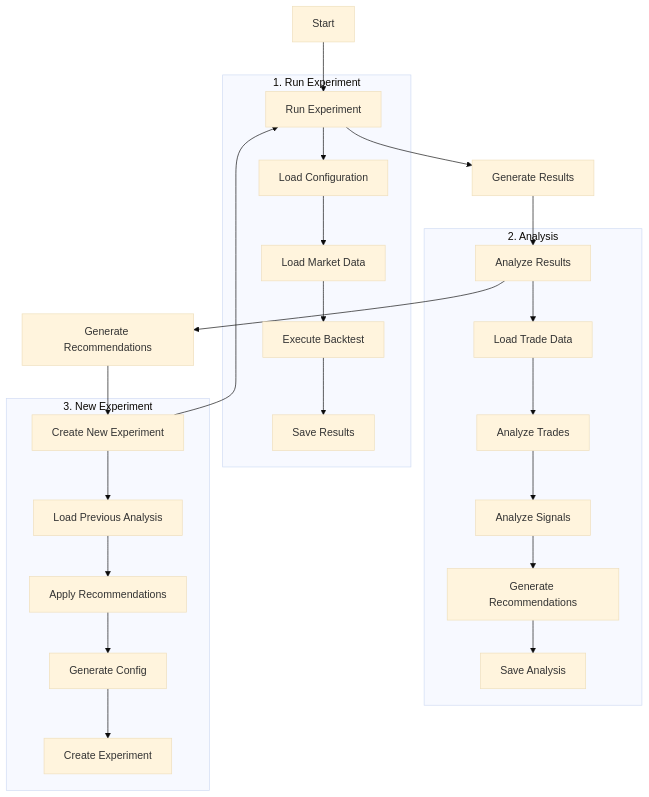
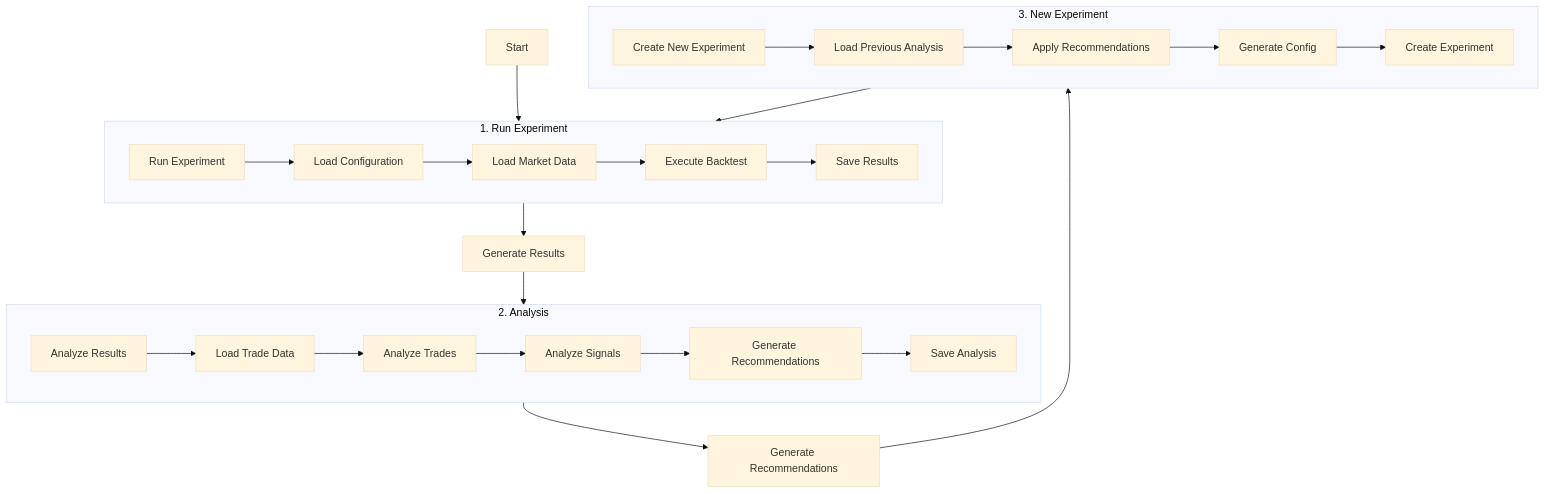
Before and after one commit to padak/swing_trade_automat_2: the diagram in docs/parameters-simulation.md, drawn with Mermaid (base theme).

Commit message:
fix: Improve Mermaid diagram flow and connections

````diff
--- a/docs/parameters-simulation.md
+++ b/docs/parameters-simulation.md
@@ -7,31 +7,32 @@
 ```mermaid
 graph TD
-    A[Start] --> B[Run Experiment]
-    B --> C[Generate Results]
-    C --> D[Analyze Results]
-    D --> E[Generate Recommendations]
-    E --> F[Create New Experiment]
-    F --> B
-    
+    A[Start] --> RunExp
+
     subgraph RunExp["1. Run Experiment"]
-        B --> B1[Load Configuration]
+        B[Run Experiment] --> B1[Load Configuration]
         B1 --> B2[Load Market Data]
         B2 --> B3[Execute Backtest]
         B3 --> B4[Save Results]
     end
-    
+
     subgraph Analysis["2. Analysis"]
-        D --> D1[Load Trade Data]
+        D[Analyze Results] --> D1[Load Trade Data]
         D1 --> D2[Analyze Trades]
         D2 --> D3[Analyze Signals]
         D3 --> D4[Generate Recommendations]
         D4 --> D5[Save Analysis]
     end
-    
+
     subgraph NewExp["3. New Experiment"]
-        F --> F1[Load Previous Analysis]
+        F[Create New Experiment] --> F1[Load Previous Analysis]
         F1 --> F2[Apply Recommendations]
         F2 --> F3[Generate Config]
         F3 --> F4[Create Experiment]
     end
+
+    RunExp --> C[Generate Results]
+    C --> Analysis
+    Analysis --> E[Generate Recommendations]
+    E --> NewExp
+    NewExp --> RunExp
 ```
````
